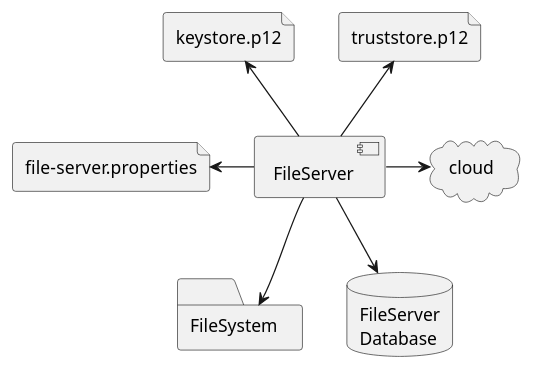
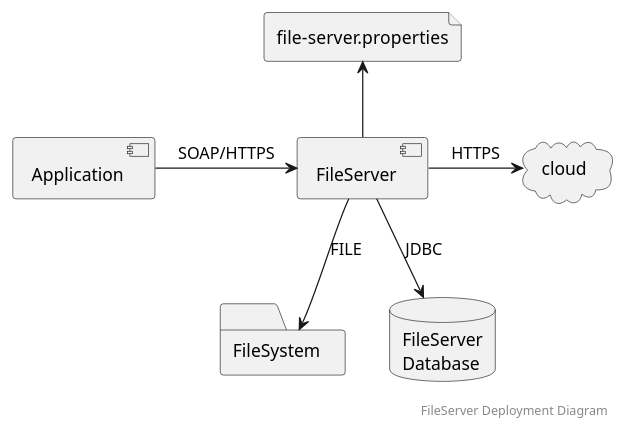
One commit to eluinstra/file-server changed the diagram in resources/docu/FileServer Deployment Diagram.plantuml. Above: the diagram before and after it, drawn with PlantUML.

Commit message:
updated deployment diagram

```diff
--- a/resources/docu/FileServer Deployment Diagram.plantuml
+++ b/resources/docu/FileServer Deployment Diagram.plantuml
@@ -1,18 +1,17 @@
 @startuml
+right footer FileServer Deployment Diagram
 
+[Application]
 [FileServer]
 file "file-server.properties" as file.properties
-file keystore.p12
-file truststore.p12
 folder FileSystem
 database "FileServer\nDatabase" as Database
 cloud cloud
 
-FileServer -left-> file.properties
-FileServer -up-> truststore.p12
-FileServer -up-> keystore.p12
-FileServer -right-> cloud
-FileServer --> FileSystem
-FileServer --> Database
+Application -right-> FileServer : SOAP/HTTPS
+FileServer -up-> file.properties
+FileServer -right-> cloud : HTTPS
+FileServer --> FileSystem : FILE
+FileServer --> Database : JDBC
 
 @enduml
```
